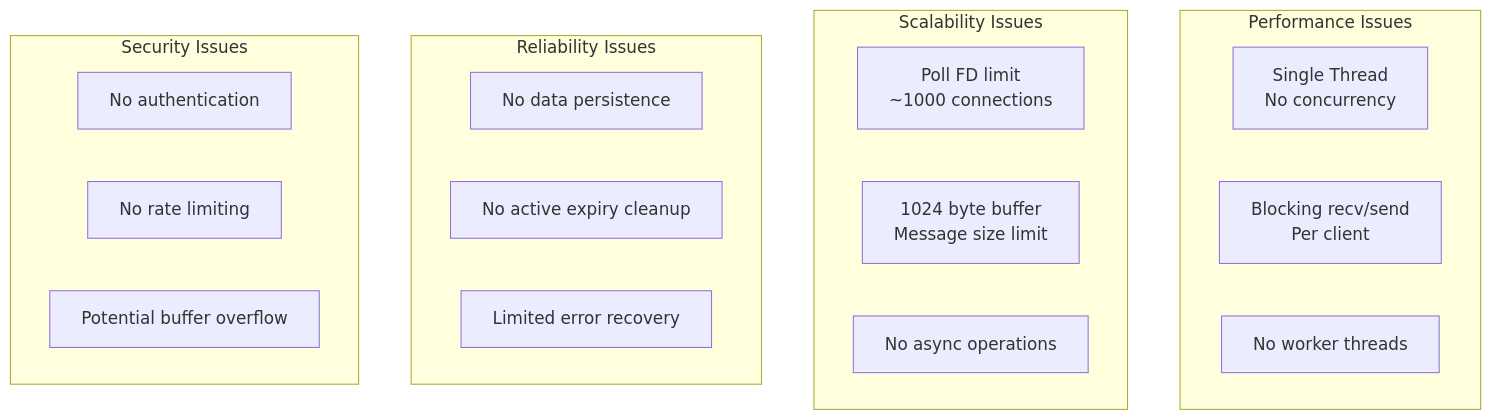
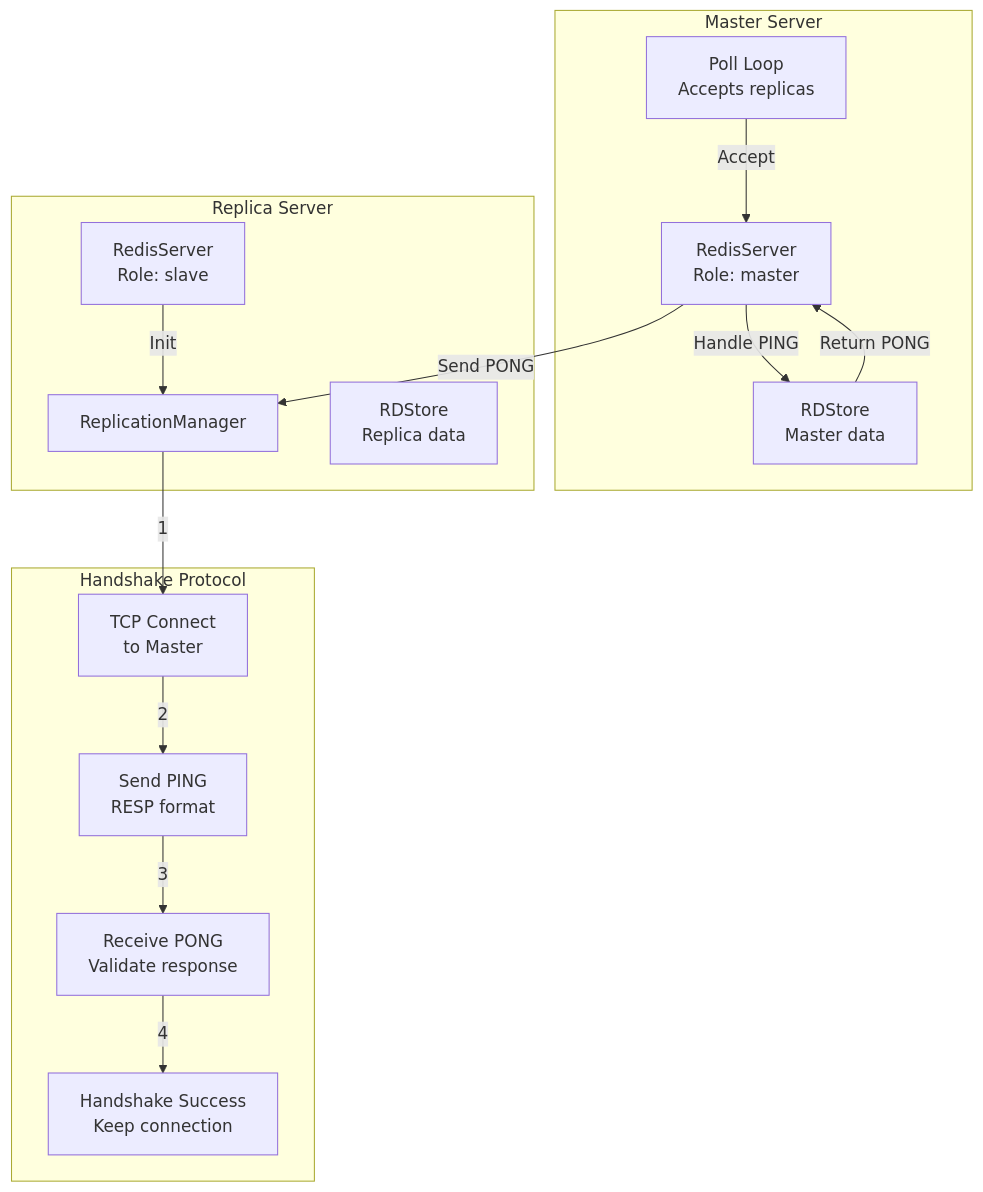
One commit to jsparrow08/redis-cpp changed diagram 11 of 11 in src/CURRENT_ARCHITECTURE.md. Above: the diagram before and after it, drawn with Mermaid. The commit also changed other lines of this file and 11 other files, not shown here.

Commit message:
added replication manager

````diff
--- a/src/CURRENT_ARCHITECTURE.md
+++ b/src/CURRENT_ARCHITECTURE.md
@@ -306,26 +327,32 @@
 ```mermaid
-graph TD
-    subgraph "Performance Issues"
-        SINGLE_THREAD["Single Thread<br/>No concurrency"]
-        BLOCKING_IO["Blocking recv/send<br/>Per client"]
-        NO_THREAD_POOL["No worker threads"]
+graph TB
+    subgraph "Master Server"
+        MASTER_SERVER["RedisServer<br/>Role: master"]
+        MASTER_STORE["RDStore<br/>Master data"]
+        MASTER_POLL["Poll Loop<br/>Accepts replicas"]
     end
 
-    subgraph "Scalability Issues"
-        POLL_LIMIT["Poll FD limit<br/>~1000 connections"]
-        FIXED_BUFFER["1024 byte buffer<br/>Message size limit"]
-        NO_ASYNC["No async operations"]
+    subgraph "Replica Server"
+        REPLICA_SERVER["RedisServer<br/>Role: slave"]
+        REPLICA_MGR["ReplicationManager"]
+        REPLICA_STORE["RDStore<br/>Replica data"]
     end
 
-    subgraph "Reliability Issues"
-        NO_PERSISTENCE["No data persistence"]
-        PASSIVE_EXPIRY["No active expiry cleanup"]
-        BASIC_ERROR_HANDLING["Limited error recovery"]
+    subgraph "Handshake Protocol"
+        CONNECT["TCP Connect<br/>to Master"]
+        SEND_PING["Send PING<br/>RESP format"]
+        RECV_PONG["Receive PONG<br/>Validate response"]
+        SUCCESS["Handshake Success<br/>Keep connection"]
     end
 
-    subgraph "Security Issues"
-        NO_AUTH["No authentication"]
-        NO_RATE_LIMIT["No rate limiting"]
-        BUFFER_OVERFLOW["Potential buffer overflow"]
-    end
+    REPLICA_SERVER -->|Init| REPLICA_MGR
+    REPLICA_MGR -->|1| CONNECT
+    CONNECT -->|2| SEND_PING
+    SEND_PING -->|3| RECV_PONG
+    RECV_PONG -->|4| SUCCESS
+
+    MASTER_POLL -->|Accept| MASTER_SERVER
+    MASTER_SERVER -->|Handle PING| MASTER_STORE
+    MASTER_STORE -->|Return PONG| MASTER_SERVER
+    MASTER_SERVER -->|Send PONG| REPLICA_MGR
 ```
````
